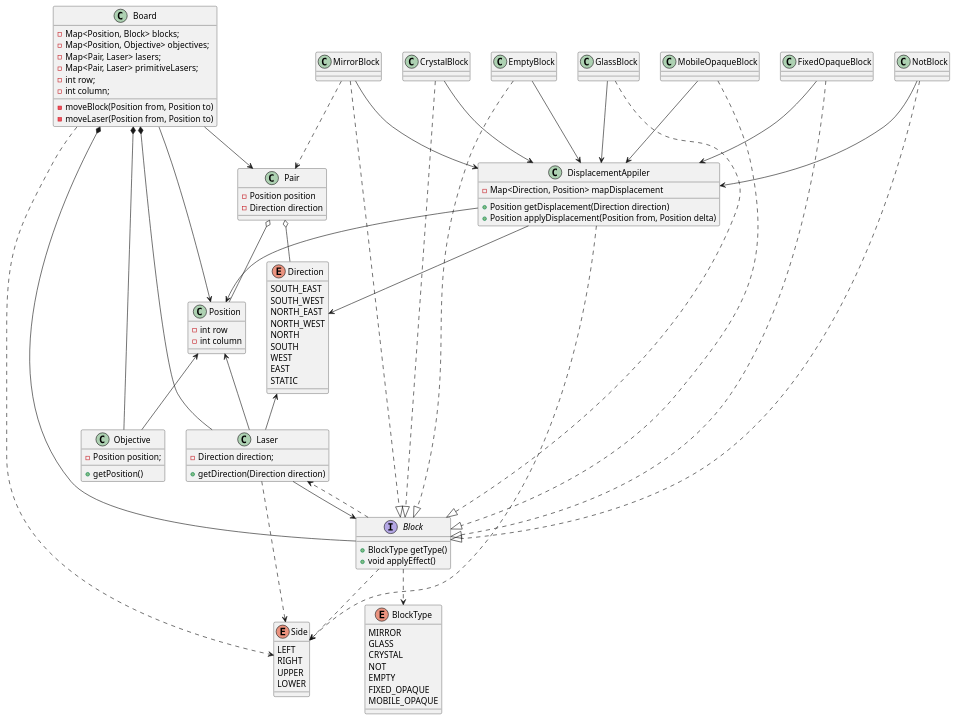
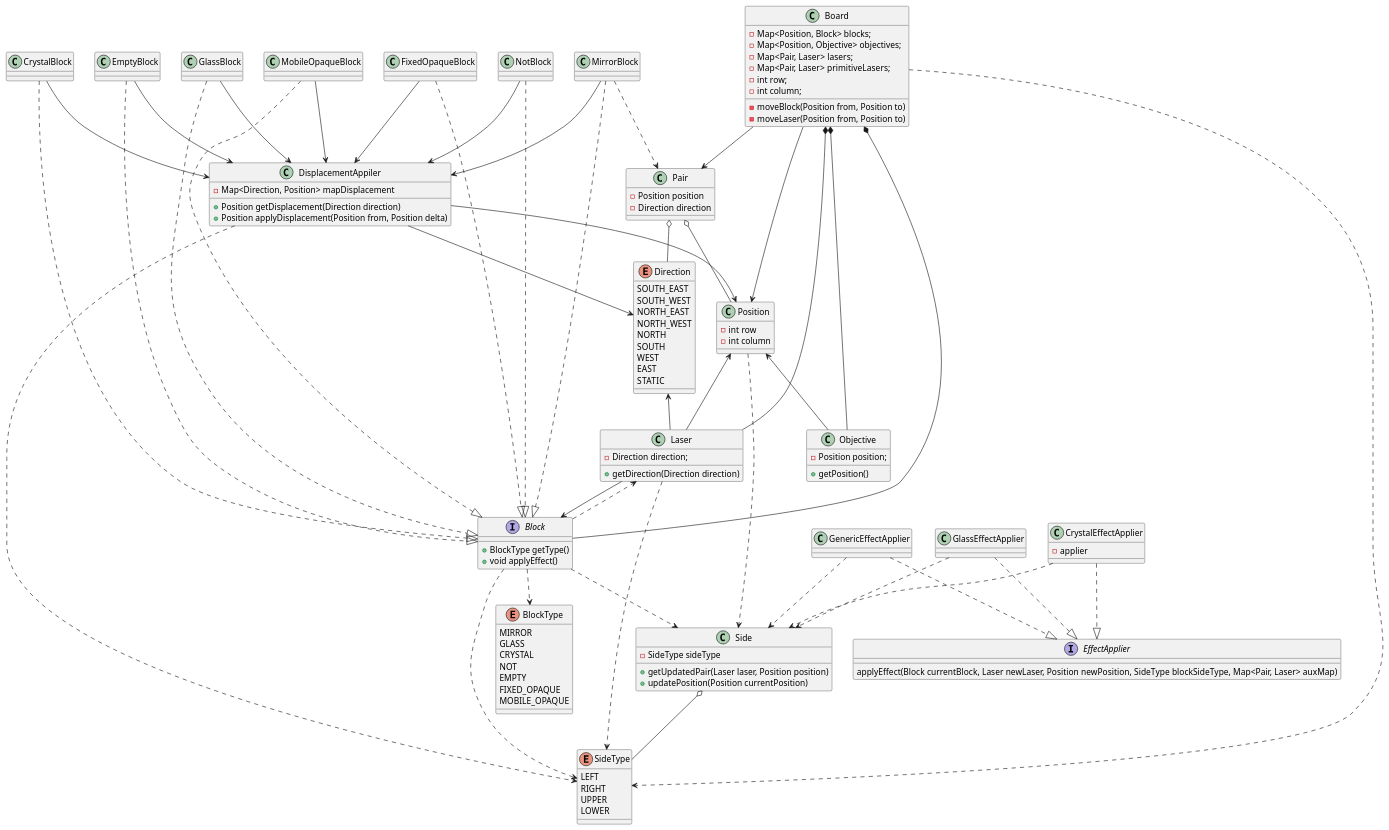
One commit to joseslavkis/Paradigmas-de-programacion changed the diagram in lasers/Diagram/ClassDiagram.puml. Above: the diagram before and after it, drawn with PlantUML. The commit also changed 3 other files, not shown here.

```diff
--- a/lasers/Diagram/ClassDiagram.puml
+++ b/lasers/Diagram/ClassDiagram.puml
@@ -1,112 +1,140 @@
 @startuml
 
 class Position {
     - int row
     - int column
 }
 
 enum Direction {
     SOUTH_EAST
     SOUTH_WEST
     NORTH_EAST
     NORTH_WEST
     NORTH
     SOUTH
     WEST
     EAST
     STATIC
 }
 
 class Board {
     - Map<Position, Block> blocks;
     - Map<Position, Objective> objectives;
     - Map<Pair, Laser> lasers;
     - Map<Pair, Laser> primitiveLasers;
     - int row;
     - int column;
     -moveBlock(Position from, Position to)
     -moveLaser(Position from, Position to)
 }
 
 enum BlockType {
     MIRROR
     GLASS
     CRYSTAL
     NOT
     EMPTY
     FIXED_OPAQUE
     MOBILE_OPAQUE
 }
 
 class Objective {
     - Position position;
     + getPosition()
 }
 
 class Laser {
     - Direction direction;
     + getDirection(Direction direction)
 }
 
 class DisplacementAppiler {
     - Map<Direction, Position> mapDisplacement
     + Position getDisplacement(Direction direction)
     + Position applyDisplacement(Position from, Position delta)
 }
 
 interface Block {
     + BlockType getType()
     + void applyEffect()
 }
 
 class Pair {
     - Position position
     - Direction direction
 }
 
-enum Side {
+enum SideType {
     LEFT
     RIGHT
     UPPER
     LOWER
 }
 
+class Side {
+    -SideType sideType
+    +getUpdatedPair(Laser laser, Position position)
+    +updatePosition(Position currentPosition)
+}
+
+class GenericEffectApplier {
+}
+
+interface EffectApplier {
+  applyEffect(Block currentBlock, Laser newLaser, Position newPosition, SideType blockSideType, Map<Pair, Laser> auxMap)
+}
+
+class GlassEffectApplier {
+}
+
+class CrystalEffectApplier {
+    -applier
+}
+
+
+CrystalEffectApplier ..|> EffectApplier
+GlassEffectApplier ..|> EffectApplier
+GenericEffectApplier ..|> EffectApplier
+
+Block ..> Side
 Pair o-- Position
 Pair o-- Direction
 Board --> Pair
 Board *-- Objective
 Board *-- Laser
 Board *-- Block
 Board --> Position
-
+Position..> Side
 MirrorBlock ..|> Block
 CrystalBlock ..|> Block
 EmptyBlock ..|> Block
 GlassBlock ..|> Block
 MobileOpaqueBlock ..|> Block
 FixedOpaqueBlock ..|> Block
 NotBlock ..|> Block
 MirrorBlock ..> Pair
 Position <-- Laser
 Position <-- Objective
-
+Side o-- SideType
 Direction <-- Laser
-
+GlassEffectApplier ..> Side
+CrystalEffectApplier ..> Side
+GenericEffectApplier ..> Side
 Laser --> Block
 Block ..> BlockType
 MirrorBlock --> DisplacementAppiler
 CrystalBlock --> DisplacementAppiler
 EmptyBlock --> DisplacementAppiler
 GlassBlock --> DisplacementAppiler
 MobileOpaqueBlock --> DisplacementAppiler
 FixedOpaqueBlock --> DisplacementAppiler
 NotBlock --> DisplacementAppiler
 Block ..> Laser
-Laser ..> Side
-Board ..> Side
-Block ..> Side
-DisplacementAppiler ..> Side
+Laser ..> SideType
+Board ..> SideType
+Block ..> SideType
+DisplacementAppiler ..> SideType
 DisplacementAppiler --> Position
 DisplacementAppiler --> Direction
 
 @enduml
```
